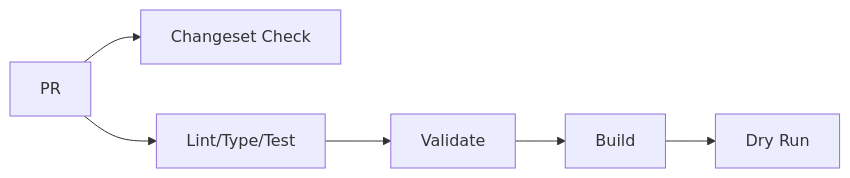
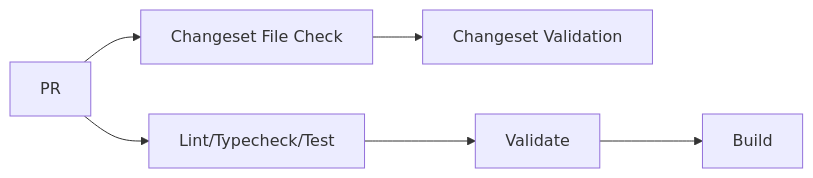
One commit to graezykev/designgreat changed the first of 2 diagrams in packages/docs-design-system/docs-contributing/design-token-development/publishing.mdx. Above: the diagram before and after it, drawn with Mermaid. The commit also changed other lines of this file and 8 other files, not shown here.

````diff
--- a/packages/docs-design-system/docs-contributing/design-token-development/publishing.mdx
+++ b/packages/docs-design-system/docs-contributing/design-token-development/publishing.mdx
@@ -26,5 +26,5 @@
 ```mermaid
 flowchart LR
-    PR[PR] --> A[Changeset Check]
-    PR --> B[Lint/Type/Test] --> C[Validate] --> D[Build] --> E[Dry Run]
+    PR[PR] --> A[Changeset File Check] --> B[Changeset Validation]
+    PR --> C[Lint/Typecheck/Test] --> D[Validate] --> E[Build]
 ```
````
